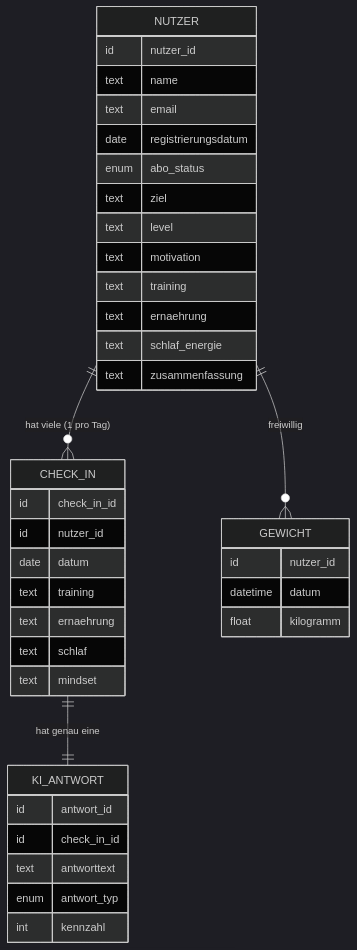
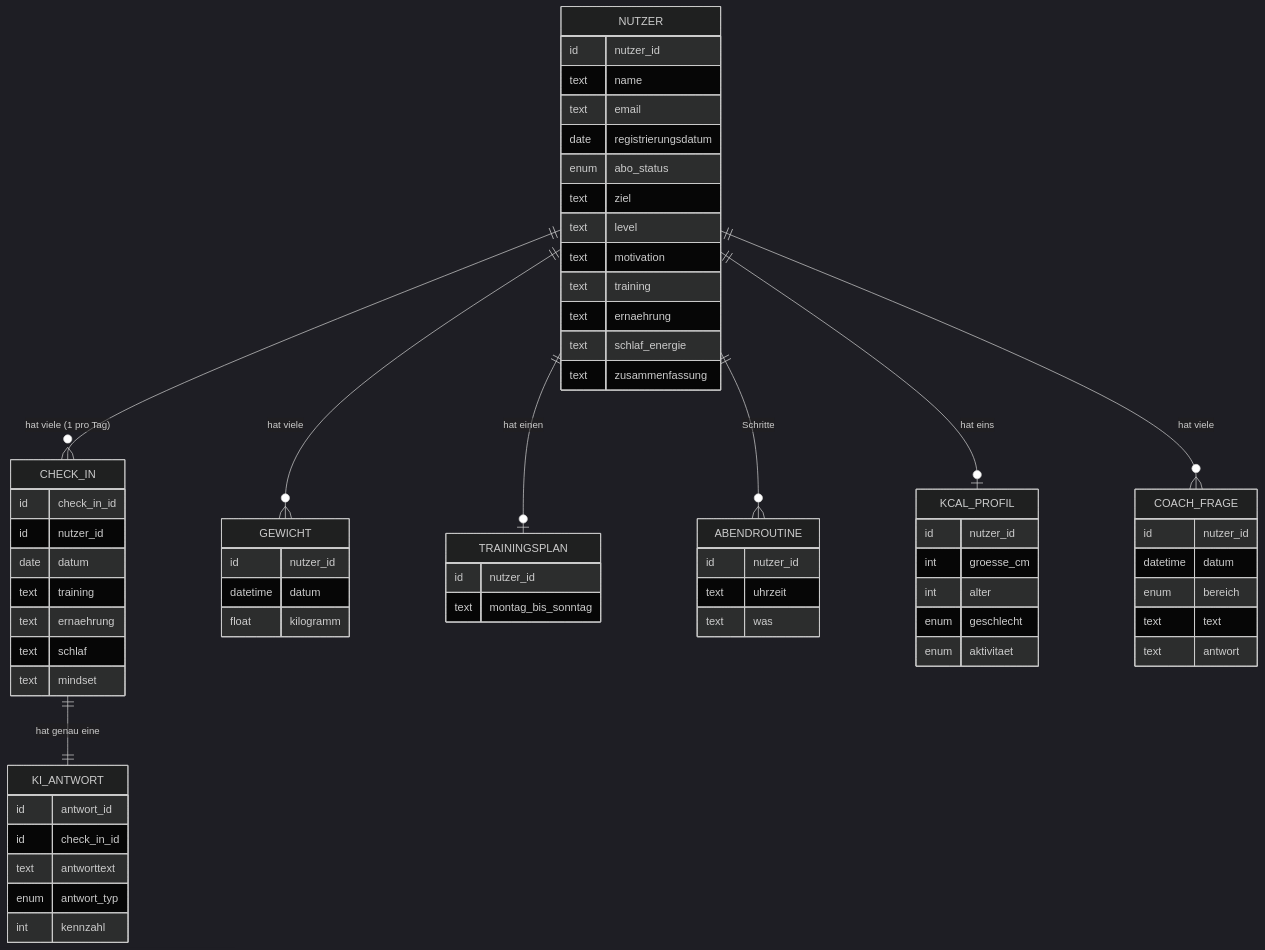
Before and after one commit to phillipzxk/App: the diagram in Datenstruktur/Datenmodell.md, drawn with Mermaid (dark theme). The commit also changed other lines of this file and 27 other files, not shown here.

````diff
--- a/Datenstruktur/Datenmodell.md
+++ b/Datenstruktur/Datenmodell.md
@@ -12,41 +12,68 @@
 ```mermaid
 erDiagram
     NUTZER ||--o{ CHECK_IN : "hat viele (1 pro Tag)"
     CHECK_IN ||--|| KI_ANTWORT : "hat genau eine"
-    NUTZER ||--o{ GEWICHT : "freiwillig"
+    NUTZER ||--o{ GEWICHT : "hat viele"
+    NUTZER ||--o| TRAININGSPLAN : "hat einen"
+    NUTZER ||--o{ ABENDROUTINE : "Schritte"
+    NUTZER ||--o| KCAL_PROFIL : "hat eins"
+    NUTZER ||--o{ COACH_FRAGE : "hat viele"
     NUTZER {
         id nutzer_id
         text name
         text email
         date registrierungsdatum
         enum abo_status
         text ziel
         text level
         text motivation
         text training
         text ernaehrung
         text schlaf_energie
         text zusammenfassung
     }
     CHECK_IN {
         id check_in_id
         id nutzer_id
         date datum
         text training
         text ernaehrung
         text schlaf
         text mindset
     }
     GEWICHT {
         id nutzer_id
         datetime datum
         float kilogramm
     }
+    TRAININGSPLAN {
+        id nutzer_id
+        text montag_bis_sonntag
+    }
+    ABENDROUTINE {
+        id nutzer_id
+        text uhrzeit
+        text was
+    }
+    KCAL_PROFIL {
+        id nutzer_id
+        int groesse_cm
+        int alter
+        enum geschlecht
+        enum aktivitaet
+    }
+    COACH_FRAGE {
+        id nutzer_id
+        datetime datum
+        enum bereich
+        text text
+        text antwort
+    }
     KI_ANTWORT {
         id antwort_id
         id check_in_id
         text antworttext
         enum antwort_typ
         int kennzahl
     }
 ```
````
